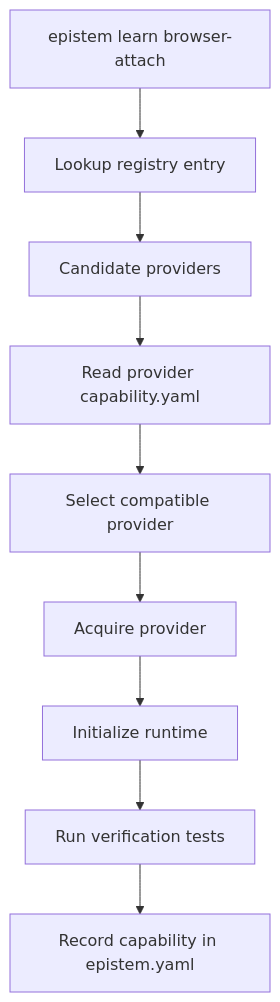
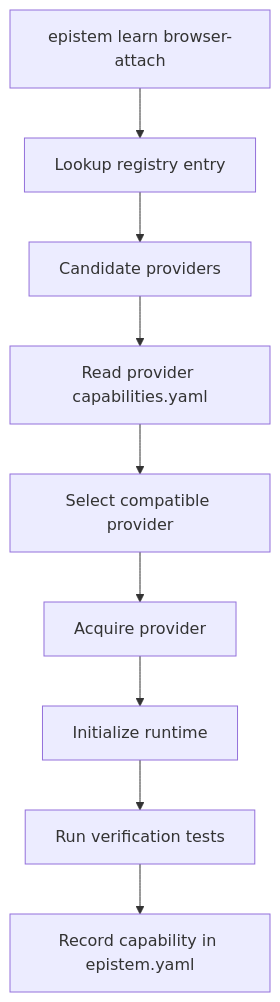
The diagram in docs/architecture.md (jamesdigid/epistem), drawn with Mermaid before and after one commit. The commit also changed other lines of this file and 11 other files, not shown here.

First line of the commit message:
Enforce plural capabilities.yaml manifest filename across ecosystem

````diff
--- a/docs/architecture.md
+++ b/docs/architecture.md
@@ -15,11 +15,11 @@
 ```mermaid
 flowchart TD
   learn["epistem learn browser-attach"] --> registry[Lookup registry entry]
   registry --> candidates[Candidate providers]
-  candidates --> manifest[Read provider capability.yaml]
+  candidates --> manifest[Read provider capabilities.yaml]
   manifest --> select[Select compatible provider]
   select --> acquire[Acquire provider]
   acquire --> init[Initialize runtime]
   init --> verify[Run verification tests]
   verify --> ready[Record capability in epistem.yaml]
 ```
````
